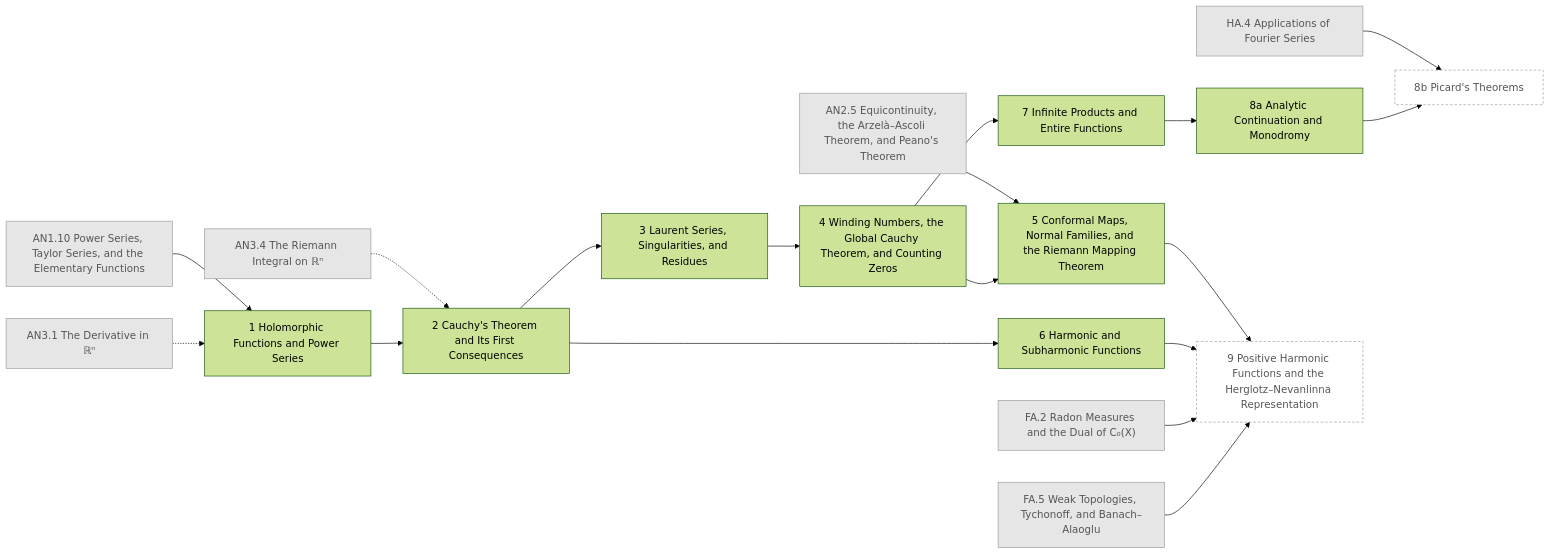
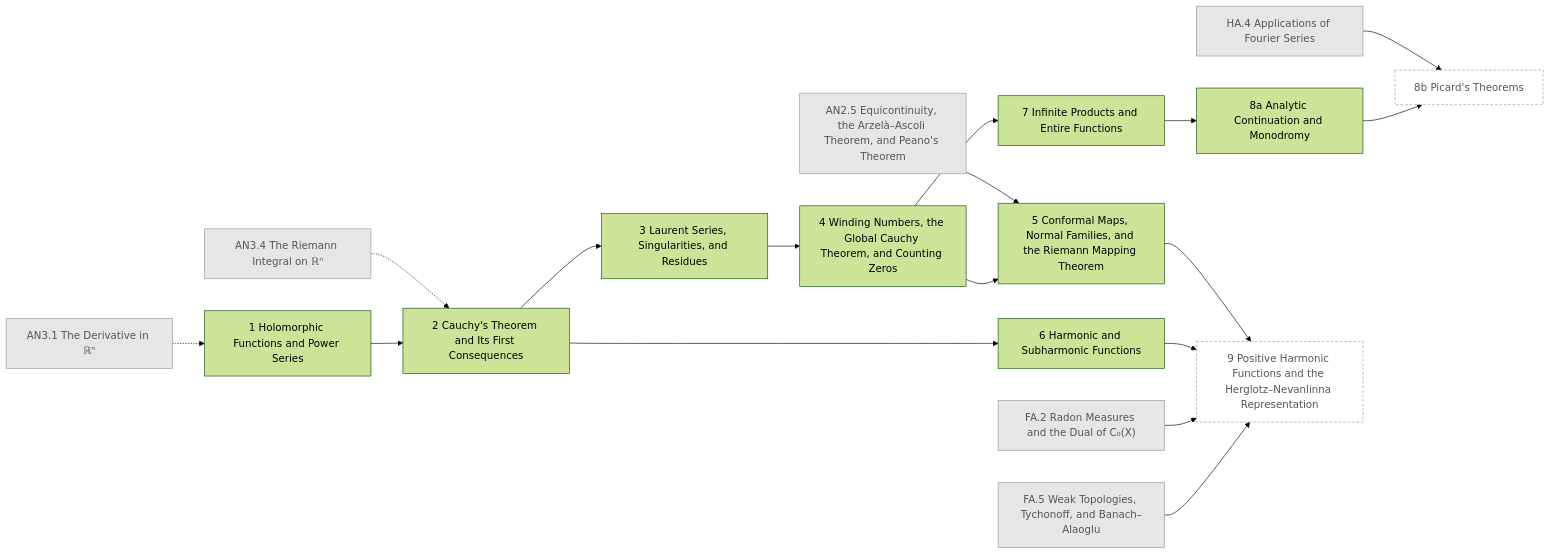
Before and after one commit to AkizumiFox/math-atlas: the diagram in generated/chapters/CA.mmd, drawn with Mermaid (forest theme). The commit also changed 15 other files, not shown here.

```diff
--- a/generated/chapters/CA.mmd
+++ b/generated/chapters/CA.mmd
@@ -1,38 +1,36 @@
 flowchart LR
-  AN1_10["AN1.10 Power Series, Taylor Series, and the Elementary Functions"]:::ext
   AN2_5["AN2.5 Equicontinuity, the Arzelà–Ascoli Theorem, and Peano's Theorem"]:::ext
   AN3_1["AN3.1 The Derivative in ℝⁿ"]:::ext
   AN3_4["AN3.4 The Riemann Integral on ℝⁿ"]:::ext
   HA_4["HA.4 Applications of Fourier Series"]:::ext
   FA_2["FA.2 Radon Measures and the Dual of C₀(X)"]:::ext
   FA_5["FA.5 Weak Topologies, Tychonoff, and Banach–Alaoglu"]:::ext
   CA_1["1 Holomorphic Functions and Power Series"]
   CA_2["2 Cauchy's Theorem and Its First Consequences"]
   CA_3["3 Laurent Series, Singularities, and Residues"]
   CA_4["4 Winding Numbers, the Global Cauchy Theorem, and Counting Zeros"]
   CA_5["5 Conformal Maps, Normal Families, and the Riemann Mapping Theorem"]
   CA_6["6 Harmonic and Subharmonic Functions"]
   CA_7["7 Infinite Products and Entire Functions"]
   CA_8a["8a Analytic Continuation and Monodromy"]
   CA_8b["8b Picard's Theorems"]:::opt
   CA_9["9 Positive Harmonic Functions and the Herglotz–Nevanlinna Representation"]:::opt
-  AN1_10 --> CA_1
   AN3_1 -.-> CA_1
   AN3_4 -.-> CA_2
   CA_1 --> CA_2
   CA_2 --> CA_3
   CA_3 --> CA_4
   AN2_5 --> CA_5
   CA_4 --> CA_5
   CA_2 --> CA_6
   CA_4 --> CA_7
   CA_7 --> CA_8a
   HA_4 --> CA_8b
   CA_8a --> CA_8b
   CA_5 --> CA_9
   CA_6 --> CA_9
   FA_2 --> CA_9
   FA_5 --> CA_9
   classDef ext fill:#e6e6e6,stroke:#999,color:#555
   classDef opt fill:#fff,stroke:#999,stroke-dasharray:4 3,color:#555
   classDef segb fill:#f6f6fb,stroke:#99a,color:#333
```
